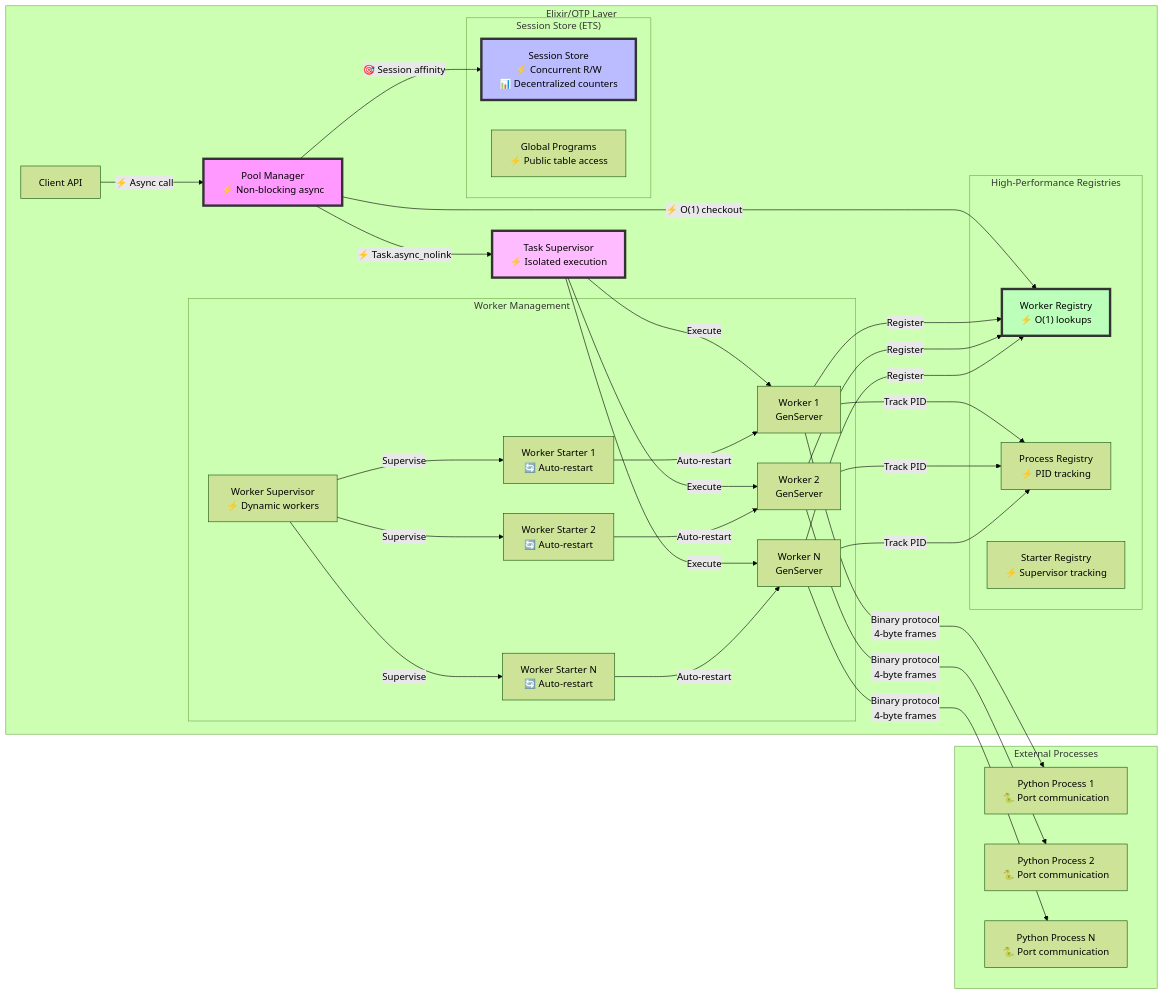
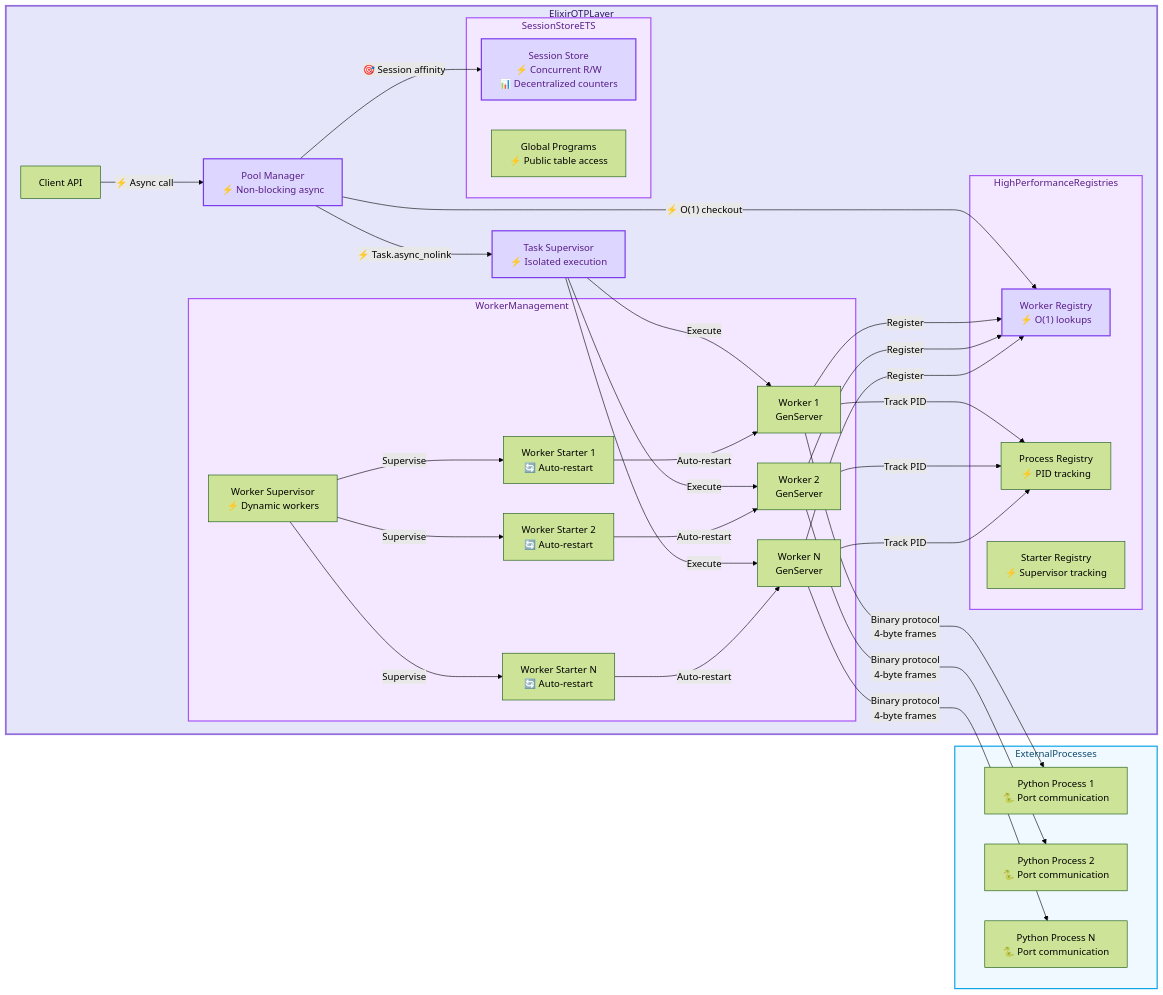
The first of 7 diagrams in DIAGS.md (nshkrdotcom/snakepit), drawn with Mermaid (forest theme) before and after one commit. The commit also changed other lines of this file, not shown here.

First line of the commit message:
Update DIAGS.md with Elixir-themed styling and proper subgraph format

````diff
--- a/DIAGS.md
+++ b/DIAGS.md
@@ -3,68 +3,78 @@
 ```mermaid
 graph LR
-    subgraph "Elixir/OTP Layer"
+    ElixirOTPLayer["Elixir OTP Layer"]
+    subgraph ElixirOTPLayer
         Client["Client API"]
         Pool["Pool Manager<br/>⚡ Non-blocking async"]
         TaskSup["Task Supervisor<br/>⚡ Isolated execution"]
         
-        subgraph "Worker Management"
+        WorkerManagement["Worker Management"]
+        subgraph WorkerManagement
             WorkerSup["Worker Supervisor<br/>⚡ Dynamic workers"]
             Starter1["Worker Starter 1<br/>🔄 Auto-restart"]
             Starter2["Worker Starter 2<br/>🔄 Auto-restart"]
             StarterN["Worker Starter N<br/>🔄 Auto-restart"]
             Worker1["Worker 1<br/>GenServer"]
             Worker2["Worker 2<br/>GenServer"]
             WorkerN["Worker N<br/>GenServer"]
         end
         
-        subgraph "High-Performance Registries"
+        HighPerformanceRegistries["High Performance Registries"]
+        subgraph HighPerformanceRegistries
             Registry["Worker Registry<br/>⚡ O(1) lookups"]
             ProcReg["Process Registry<br/>⚡ PID tracking"]
             StarterReg["Starter Registry<br/>⚡ Supervisor tracking"]
         end
         
-        subgraph "Session Store (ETS)"
+        SessionStoreETS["Session Store ETS"]
+        subgraph SessionStoreETS
             SessionStore["Session Store<br/>⚡ Concurrent R/W<br/>📊 Decentralized counters"]
             GlobalPrograms["Global Programs<br/>⚡ Public table access"]
         end
     end
     
-    subgraph "External Processes"
+    ExternalProcesses["External Processes"]
+    subgraph ExternalProcesses
         Python1["Python Process 1<br/>🐍 Port communication"]
         Python2["Python Process 2<br/>🐍 Port communication"]
         PythonN["Python Process N<br/>🐍 Port communication"]
     end
     
     Client -->|"⚡ Async call"| Pool
     Pool -->|"⚡ O(1) checkout"| Registry
     Pool -->|"🎯 Session affinity"| SessionStore
     Pool -->|"⚡ Task.async_nolink"| TaskSup
     TaskSup -->|Execute| Worker1
     TaskSup -->|Execute| Worker2
     TaskSup -->|Execute| WorkerN
     
     WorkerSup -->|Supervise| Starter1
     WorkerSup -->|Supervise| Starter2
     WorkerSup -->|Supervise| StarterN
     
     Starter1 -->|Auto-restart| Worker1
     Starter2 -->|Auto-restart| Worker2
     StarterN -->|Auto-restart| WorkerN
     
     Worker1 -->|Binary protocol<br/>4-byte frames| Python1
     Worker2 -->|Binary protocol<br/>4-byte frames| Python2
     WorkerN -->|Binary protocol<br/>4-byte frames| PythonN
     
     Worker1 -->|Register| Registry
     Worker2 -->|Register| Registry
     WorkerN -->|Register| Registry
     
     Worker1 -->|Track PID| ProcReg
     Worker2 -->|Track PID| ProcReg
     WorkerN -->|Track PID| ProcReg
     
-    style Pool fill:#f9f,stroke:#333,stroke-width:4px,color:#000
-    style SessionStore fill:#bbf,stroke:#333,stroke-width:4px,color:#000
-    style Registry fill:#bfb,stroke:#333,stroke-width:4px,color:#000
-    style TaskSup fill:#fbf,stroke:#333,stroke-width:4px,color:#000
+    style ElixirOTPLayer fill:#e6e6fa,stroke:#9370db,stroke-width:3px,color:#2e1065
+    style WorkerManagement fill:#f3e8ff,stroke:#a855f7,stroke-width:2px,color:#581c87
+    style HighPerformanceRegistries fill:#f3e8ff,stroke:#a855f7,stroke-width:2px,color:#581c87
+    style SessionStoreETS fill:#f3e8ff,stroke:#a855f7,stroke-width:2px,color:#581c87
+    style ExternalProcesses fill:#f0f9ff,stroke:#0ea5e9,stroke-width:2px,color:#0c4a6e
+    style Pool fill:#ddd6fe,stroke:#7c3aed,stroke-width:2px,color:#581c87
+    style SessionStore fill:#ddd6fe,stroke:#7c3aed,stroke-width:2px,color:#581c87
+    style Registry fill:#ddd6fe,stroke:#7c3aed,stroke-width:2px,color:#581c87
+    style TaskSup fill:#ddd6fe,stroke:#7c3aed,stroke-width:2px,color:#581c87
 ```
````
